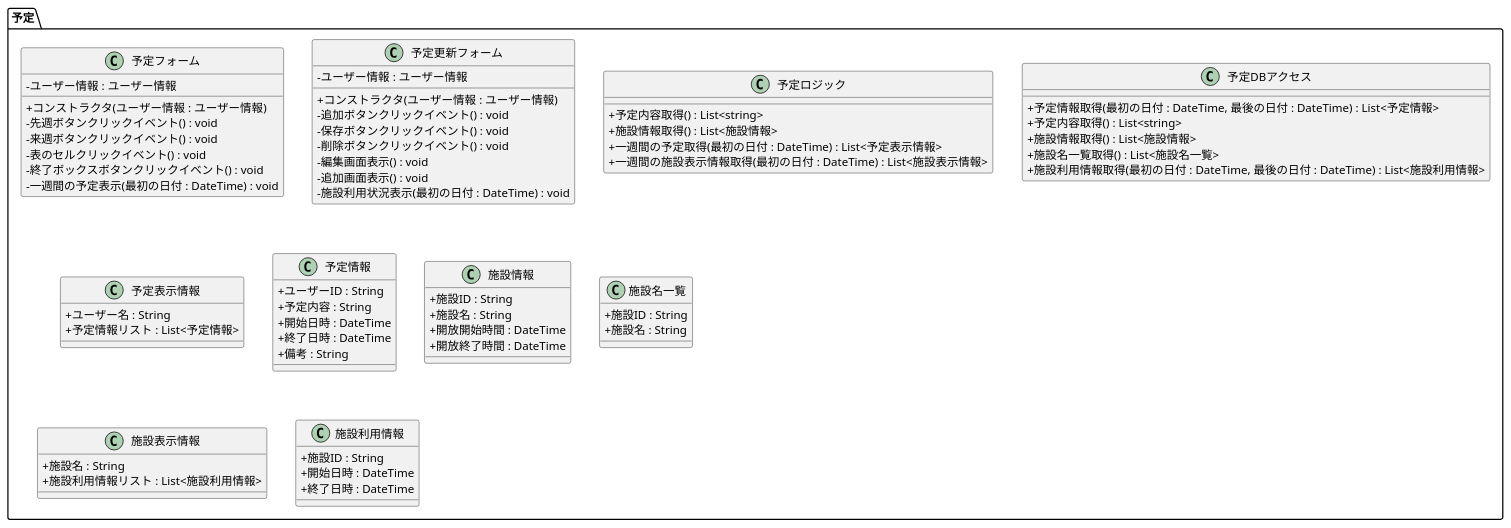
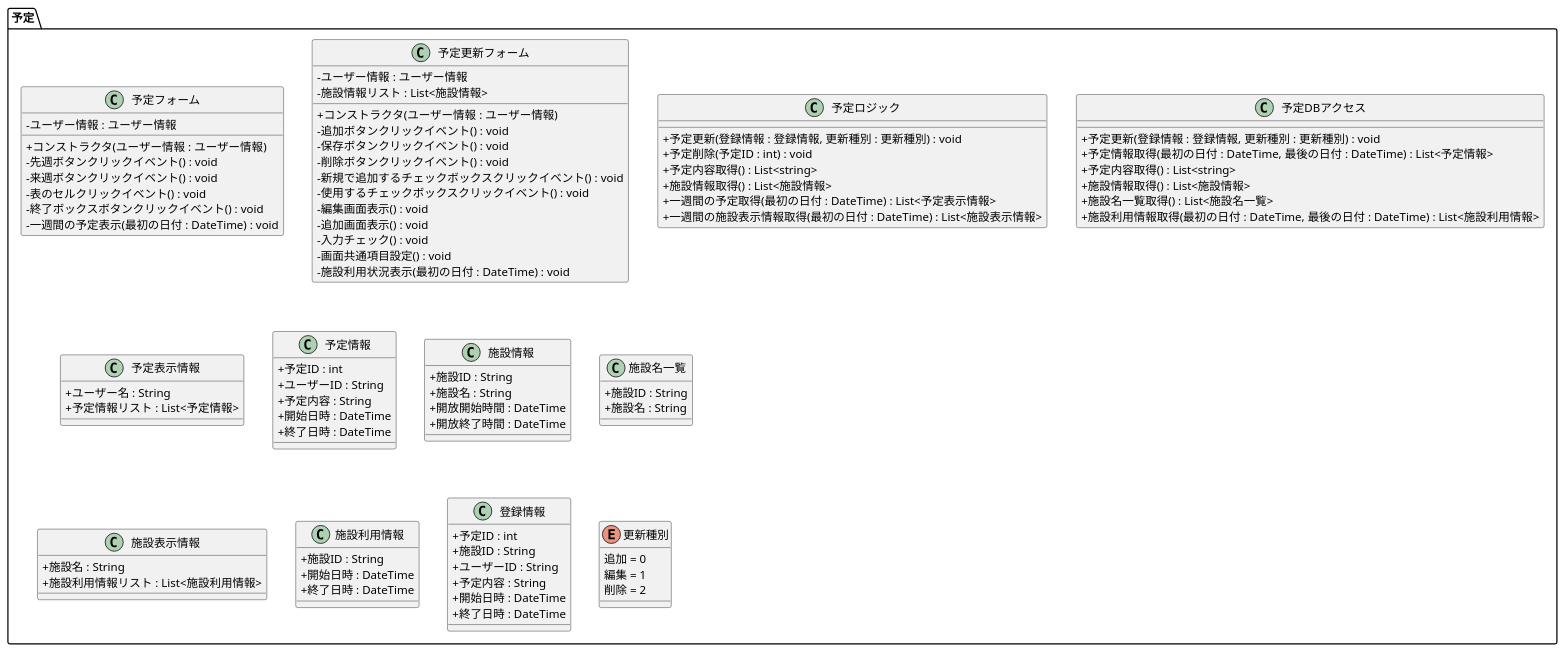
Before and after one commit to R-SAIKI/practiceUML: the diagram in クラス図/予定.pu, drawn with PlantUML. The commit also changed 36 other files, not shown here.

```diff
--- a/クラス図/予定.pu
+++ b/クラス図/予定.pu
@@ -1,79 +1,102 @@
 @startuml
 
 skinparam classAttributeIconSize 0
 
 namespace 予定 #FFFFFF {
   class 予定フォーム {
     - ユーザー情報 : ユーザー情報
     + コンストラクタ(ユーザー情報 : ユーザー情報)
     - 先週ボタンクリックイベント() : void
     - 来週ボタンクリックイベント() : void
     - 表のセルクリックイベント() : void
     - 終了ボックスボタンクリックイベント() : void
     - 一週間の予定表示(最初の日付 : DateTime) : void
   }
   
   class 予定更新フォーム {
     - ユーザー情報 : ユーザー情報
+    - 施設情報リスト : List<施設情報>
     + コンストラクタ(ユーザー情報 : ユーザー情報)
     - 追加ボタンクリックイベント() : void
     - 保存ボタンクリックイベント() : void
     - 削除ボタンクリックイベント() : void
+    - 新規で追加するチェックボックスクリックイベント() : void
+    - 使用するチェックボックスクリックイベント() : void
     - 編集画面表示() : void
     - 追加画面表示() : void
+    - 入力チェック() : void
+    - 画面共通項目設定() : void
     - 施設利用状況表示(最初の日付 : DateTime) : void
   }
 
   class 予定ロジック {
+    + 予定更新(登録情報 : 登録情報, 更新種別 : 更新種別) : void
+    + 予定削除(予定ID : int) : void
     + 予定内容取得() : List<string>
     + 施設情報取得() : List<施設情報>
     + 一週間の予定取得(最初の日付 : DateTime) : List<予定表示情報>
     + 一週間の施設表示情報取得(最初の日付 : DateTime) : List<施設表示情報>
   }
   
   class 予定DBアクセス {
+    + 予定更新(登録情報 : 登録情報, 更新種別 : 更新種別) : void
     + 予定情報取得(最初の日付 : DateTime, 最後の日付 : DateTime) : List<予定情報>
     + 予定内容取得() : List<string>
     + 施設情報取得() : List<施設情報>
     + 施設名一覧取得() : List<施設名一覧>
     + 施設利用情報取得(最初の日付 : DateTime, 最後の日付 : DateTime) : List<施設利用情報>
   }
 
   class 予定表示情報 {
      + ユーザー名 : String
      + 予定情報リスト : List<予定情報>
   }
 
   class 予定情報 {
+     + 予定ID : int
      + ユーザーID : String
      + 予定内容 : String
      + 開始日時 : DateTime
      + 終了日時 : DateTime
-     + 備考 : String
   }
 
   class 施設情報 {
      + 施設ID : String
      + 施設名 : String
      + 開放開始時間 : DateTime
      + 開放終了時間 : DateTime
   }
 
   class 施設名一覧 {
      + 施設ID : String
      + 施設名 : String
   }
 
   class 施設表示情報 {
      + 施設名 : String
      + 施設利用情報リスト : List<施設利用情報>
   }
 
   class 施設利用情報 {
      + 施設ID : String
      + 開始日時 : DateTime
      + 終了日時 : DateTime
   }
+
+  class 登録情報 {
+     + 予定ID : int
+     + 施設ID : String
+     + ユーザーID : String
+     + 予定内容 : String
+     + 開始日時 : DateTime
+     + 終了日時 : DateTime
+  }
+
+  enum 更新種別 {
+    追加 = 0
+    編集 = 1
+    削除 = 2
+  }
 }
 
 @enduml
```
